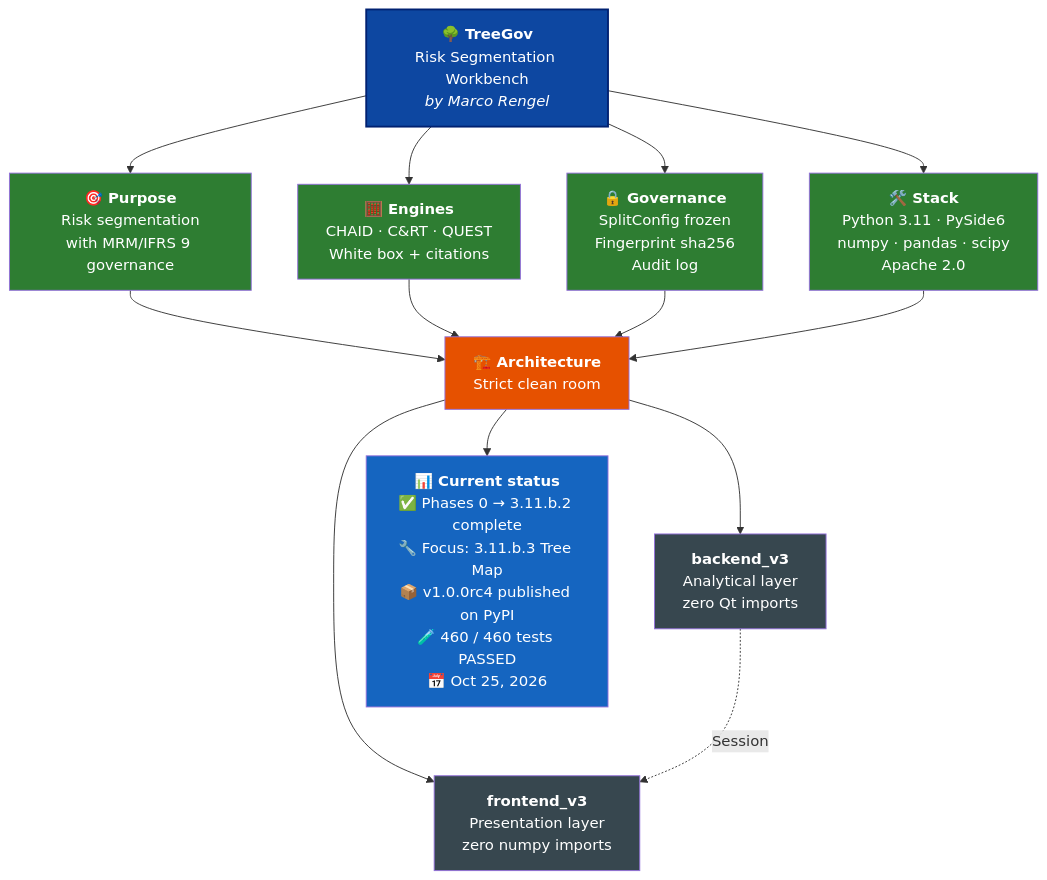
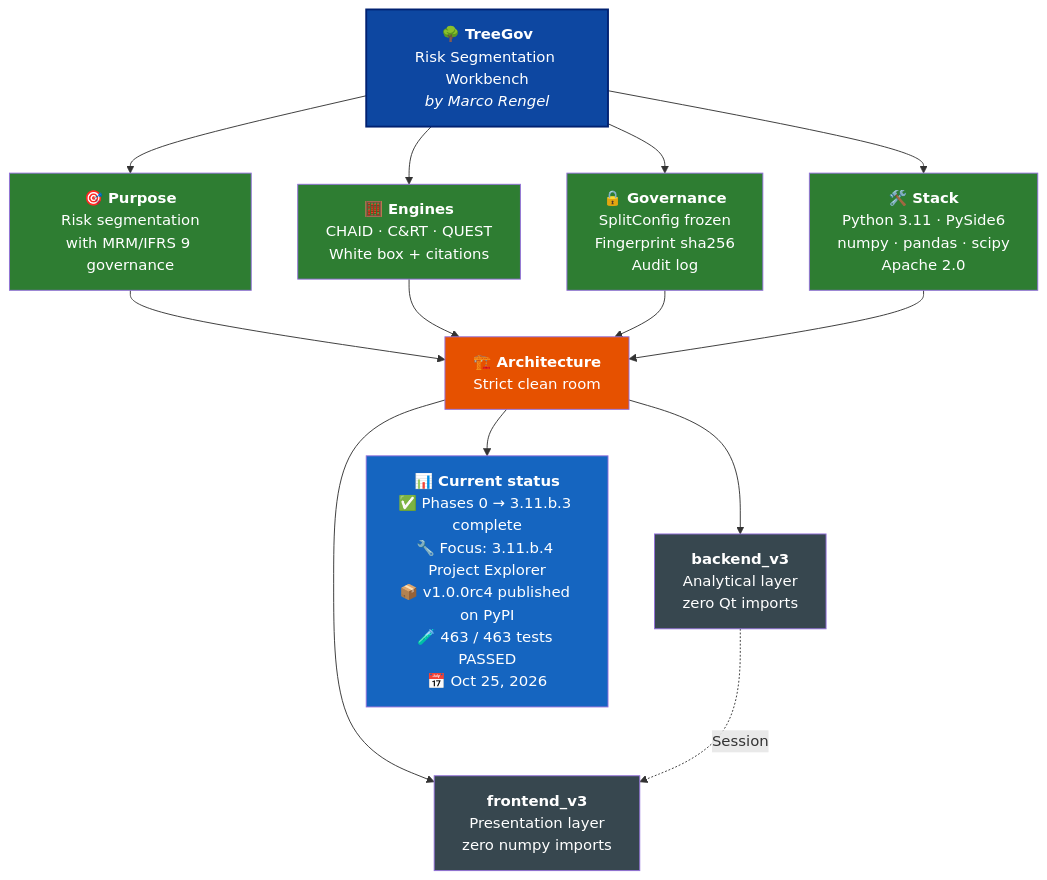
Before and after one commit to Marco-Rengel/treegov: the diagram in README.md, drawn with Mermaid. The commit also changed other lines of this file and 6 other files, not shown here.

Commit message:
docs(3.11.b.3): sync documents for Tree Map (463/463)

````diff
--- a/README.md
+++ b/README.md
@@ -38,31 +38,31 @@
 ```mermaid
 flowchart TB
     TG["<b>🌳 TreeGov</b><br/>Risk Segmentation Workbench<br/><i>by Marco Rengel</i>"]
 
     TG --> P["<b>🎯 Purpose</b><br/>Risk segmentation<br/>with MRM/IFRS 9 governance"]
     TG --> M["<b>🧮 Engines</b><br/>CHAID · C&RT · QUEST<br/>White box + citations"]
     TG --> G["<b>🔒 Governance</b><br/>SplitConfig frozen<br/>Fingerprint sha256<br/>Audit log"]
     TG --> S["<b>🛠️ Stack</b><br/>Python 3.11 · PySide6<br/>numpy · pandas · scipy<br/>Apache 2.0"]
 
     P --> ARQ["<b>🏗️ Architecture</b><br/>Strict clean room"]
     M --> ARQ
     G --> ARQ
     S --> ARQ
 
     ARQ --> BE["<b>backend_v3</b><br/>Analytical layer<br/>zero Qt imports"]
     ARQ --> FE["<b>frontend_v3</b><br/>Presentation layer<br/>zero numpy imports"]
 
     BE -.->|Session| FE
 
-    ARQ --> ST["<b>📊 Current status</b><br/>✅ Phases 0 → 3.11.b.2 complete<br/>🔧 Focus: 3.11.b.3 Tree Map<br/>📦 v1.0.0rc4 published on PyPI<br/>🧪 460 / 460 tests PASSED<br/>📅 Oct 25, 2026"]
+    ARQ --> ST["<b>📊 Current status</b><br/>✅ Phases 0 → 3.11.b.3 complete<br/>🔧 Focus: 3.11.b.4 Project Explorer<br/>📦 v1.0.0rc4 published on PyPI<br/>🧪 463 / 463 tests PASSED<br/>📅 Oct 25, 2026"]
 
     style TG fill:#0D47A1,color:#fff,stroke:#002171,stroke-width:2px
     style P fill:#2E7D32,color:#fff
     style M fill:#2E7D32,color:#fff
     style G fill:#2E7D32,color:#fff
     style S fill:#2E7D32,color:#fff
     style ARQ fill:#E65100,color:#fff
     style BE fill:#37474F,color:#fff
     style FE fill:#37474F,color:#fff
     style ST fill:#1565C0,color:#fff
 ```
````
